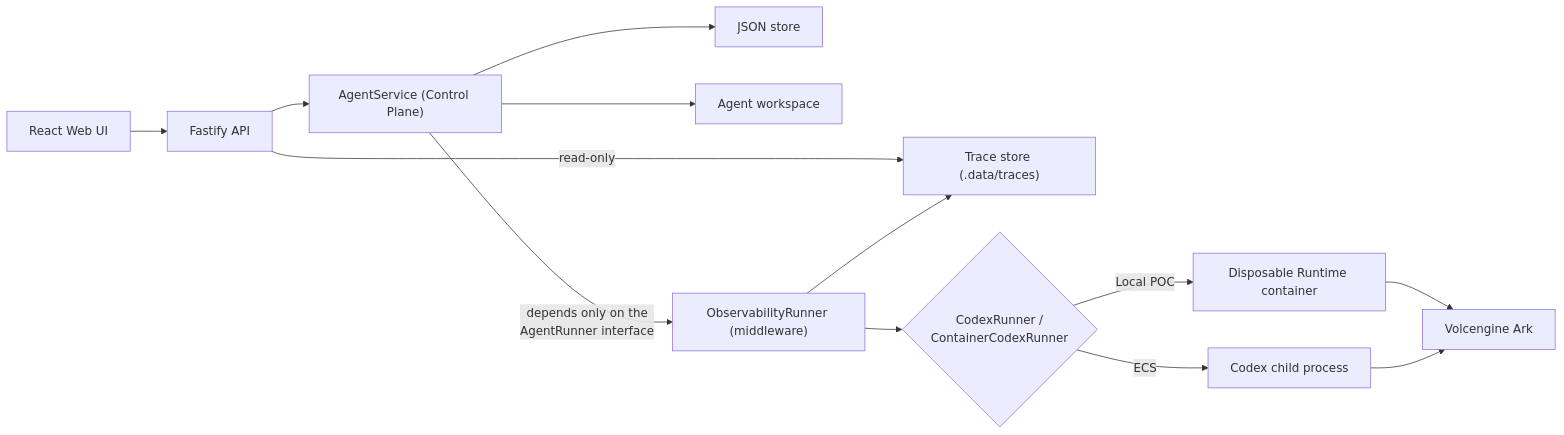
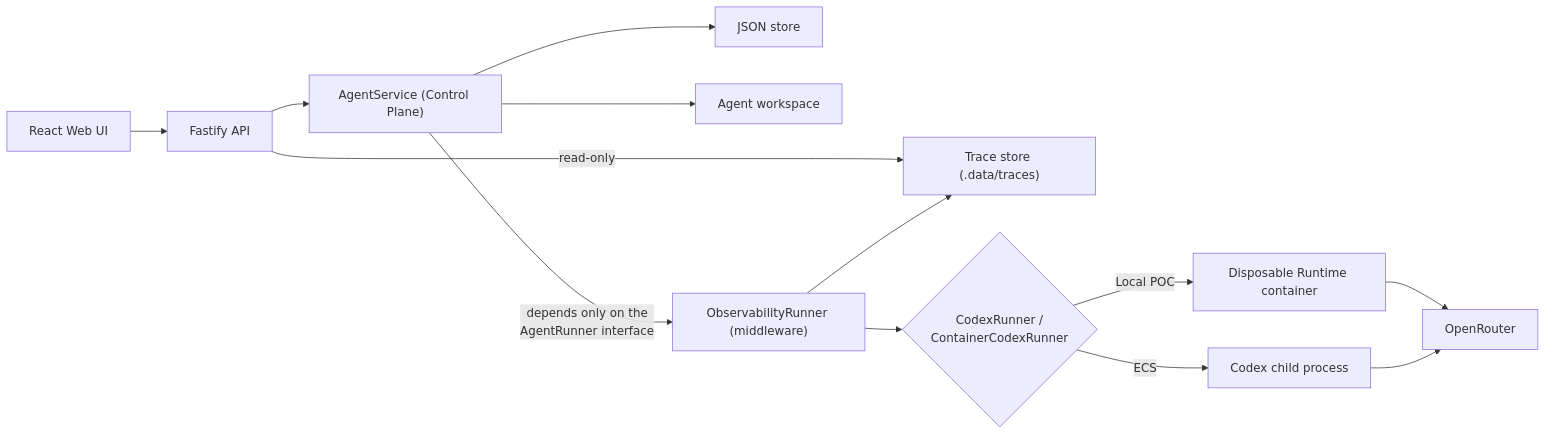
The diagram in docs/ARCHITECTURE.md (meltedham/Clanker-in-the-middle), drawn with Mermaid before and after one commit. The commit also changed other lines of this file and 25 other files, not shown here.

````diff
--- a/docs/ARCHITECTURE.md
+++ b/docs/ARCHITECTURE.md
@@ -8,15 +8,15 @@
 ```mermaid
 flowchart LR
     UI["React Web UI"] --> API["Fastify API"]
     API --> Service["AgentService (Control Plane)"]
     Service --> Store["JSON store"]
     Service --> Workspace["Agent workspace"]
     Service -->|"depends only on the\nAgentRunner interface"| Middleware["ObservabilityRunner (middleware)"]
     API -->|read-only| TraceStore["Trace store (.data/traces)"]
     Middleware --> TraceStore
     Middleware --> InnerRunner{"CodexRunner /\nContainerCodexRunner"}
     InnerRunner -->|Local POC| Container["Disposable Runtime container"]
     InnerRunner -->|ECS| Process["Codex child process"]
-    Container --> Ark["Volcengine Ark"]
-    Process --> Ark
+    Container --> OpenRouter["OpenRouter"]
+    Process --> OpenRouter
 ```
````
